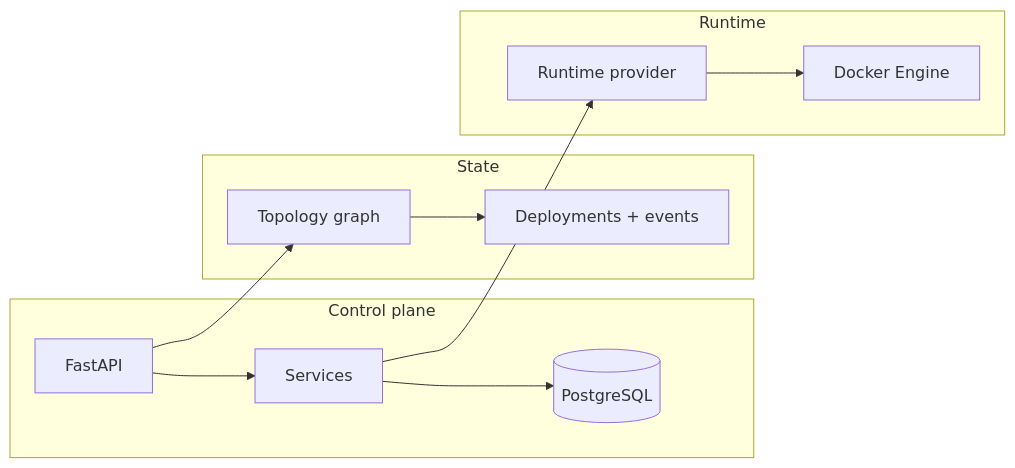
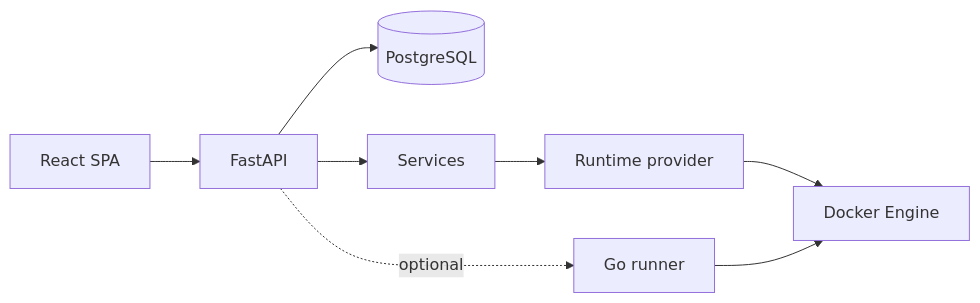
The diagram in README.md (timothy-choi/cloud-networking-studio), drawn with Mermaid before and after one commit. The commit also changed other lines of this file and 6 other files, not shown here.

````diff
--- a/README.md
+++ b/README.md
@@ -55,20 +24,10 @@
 ```mermaid
 flowchart LR
-  subgraph control["Control plane"]
-    API[FastAPI]
-    DB[(PostgreSQL)]
-    SVC[Services]
-  end
-  subgraph data["State"]
-    TOPO[Topology graph]
-    DEP[Deployments + events]
-  end
-  subgraph run["Runtime"]
-    RP[Runtime provider]
-    DK[Docker Engine]
-  end
-  API --> SVC --> DB
-  TOPO --> DEP
-  SVC --> RP --> DK
-  API --> TOPO
+  UI[React SPA] --> API[FastAPI]
+  API --> DB[(PostgreSQL)]
+  API --> SVC[Services]
+  SVC --> RP[Runtime provider]
+  RP --> DK[Docker Engine]
+  API -. optional .-> RUN[Go runner]
+  RUN --> DK
 ```
````
